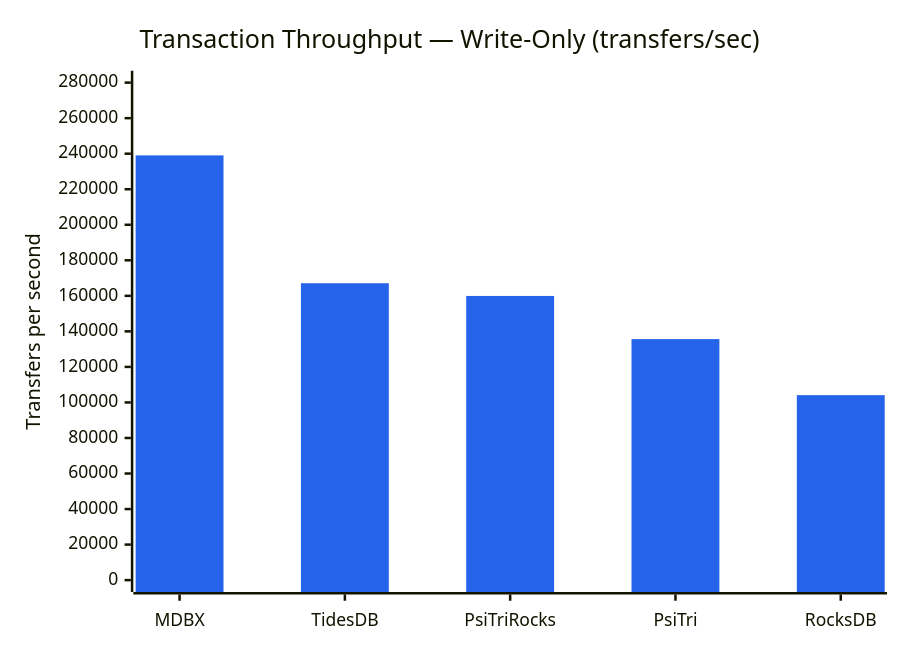
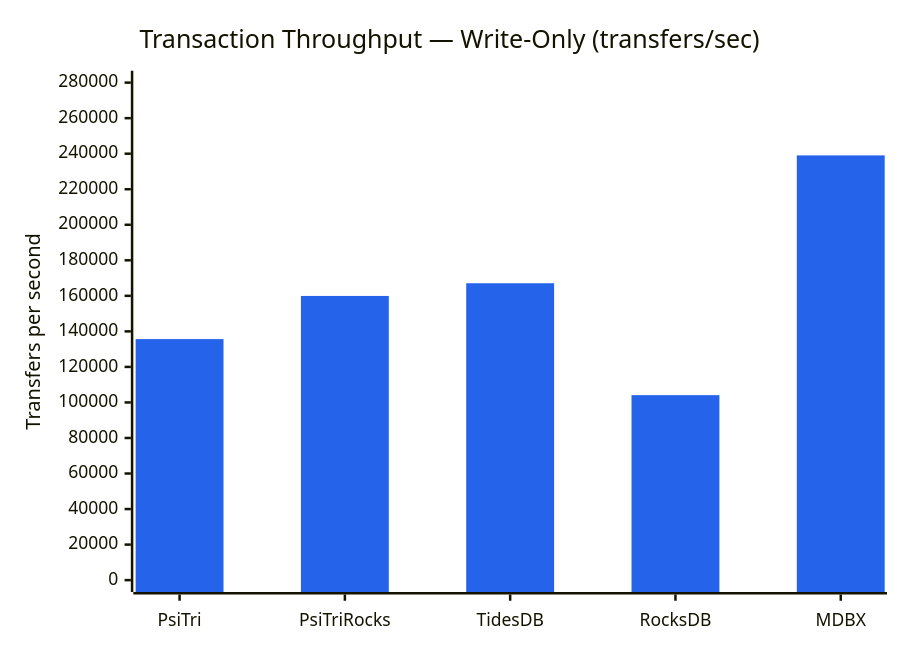
The ninth of 9 diagrams in docs/benchmarks/bank.md (gofractally/arbtrie), drawn with Mermaid before and after one commit. The commit also changed other lines of this file, not shown here.

````diff
--- a/docs/benchmarks/bank.md
+++ b/docs/benchmarks/bank.md
@@ -238,8 +238,8 @@
 ```mermaid
 %%{init: {'theme': 'base', 'themeVariables': {'xyChart': {'plotColorPalette': '#2563EB'}}}}%%
 xychart-beta
     title "Transaction Throughput — Write-Only (transfers/sec)"
-    x-axis ["MDBX", "TidesDB", "PsiTriRocks", "PsiTri", "RocksDB"]
+    x-axis ["PsiTri", "PsiTriRocks", "TidesDB", "RocksDB", "MDBX"]
     y-axis "Transfers per second" 0 --> 280000
-    bar [239041, 167093, 159938, 135651, 104102]
+    bar [135651, 159938, 167093, 104102, 239041]
 ```
````
